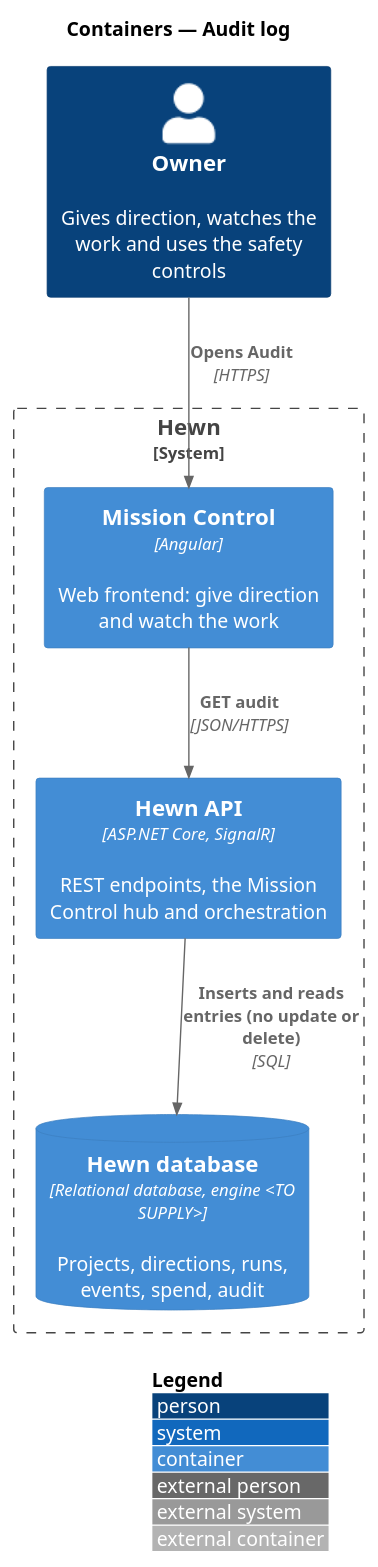
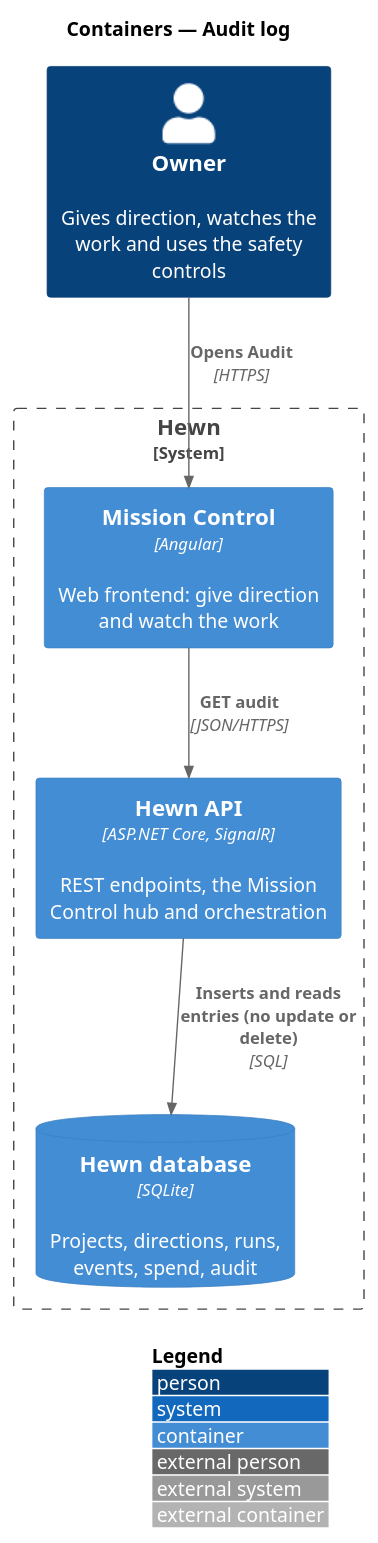
The diagram in docs/detailed-designs/governance/audit-log/diagrams/c4-container.puml (QuinntyneBrown/hewn), drawn with PlantUML before and after one commit. The commit also changed 69 other files, not shown here.

```diff
--- a/docs/detailed-designs/governance/audit-log/diagrams/c4-container.puml
+++ b/docs/detailed-designs/governance/audit-log/diagrams/c4-container.puml
@@ -1,16 +1,16 @@
 @startuml
 !include <C4/C4_Container>
 LAYOUT_WITH_LEGEND()
 title Containers — Audit log
 
 Person(owner, "Owner", "Gives direction, watches the work and uses the safety controls")
 System_Boundary(hewn, "Hewn") {
   Container(spa, "Mission Control", "Angular", "Web frontend: give direction and watch the work")
   Container(api, "Hewn API", "ASP.NET Core, SignalR", "REST endpoints, the Mission Control hub and orchestration")
-  ContainerDb(db, "Hewn database", "Relational database, engine <TO SUPPLY>", "Projects, directions, runs, events, spend, audit")
+  ContainerDb(db, "Hewn database", "SQLite", "Projects, directions, runs, events, spend, audit")
 }
 
 Rel(owner, spa, "Opens Audit", "HTTPS")
 Rel(spa, api, "GET audit", "JSON/HTTPS")
 Rel(api, db, "Inserts and reads entries (no update or delete)", "SQL")
 @enduml
```
